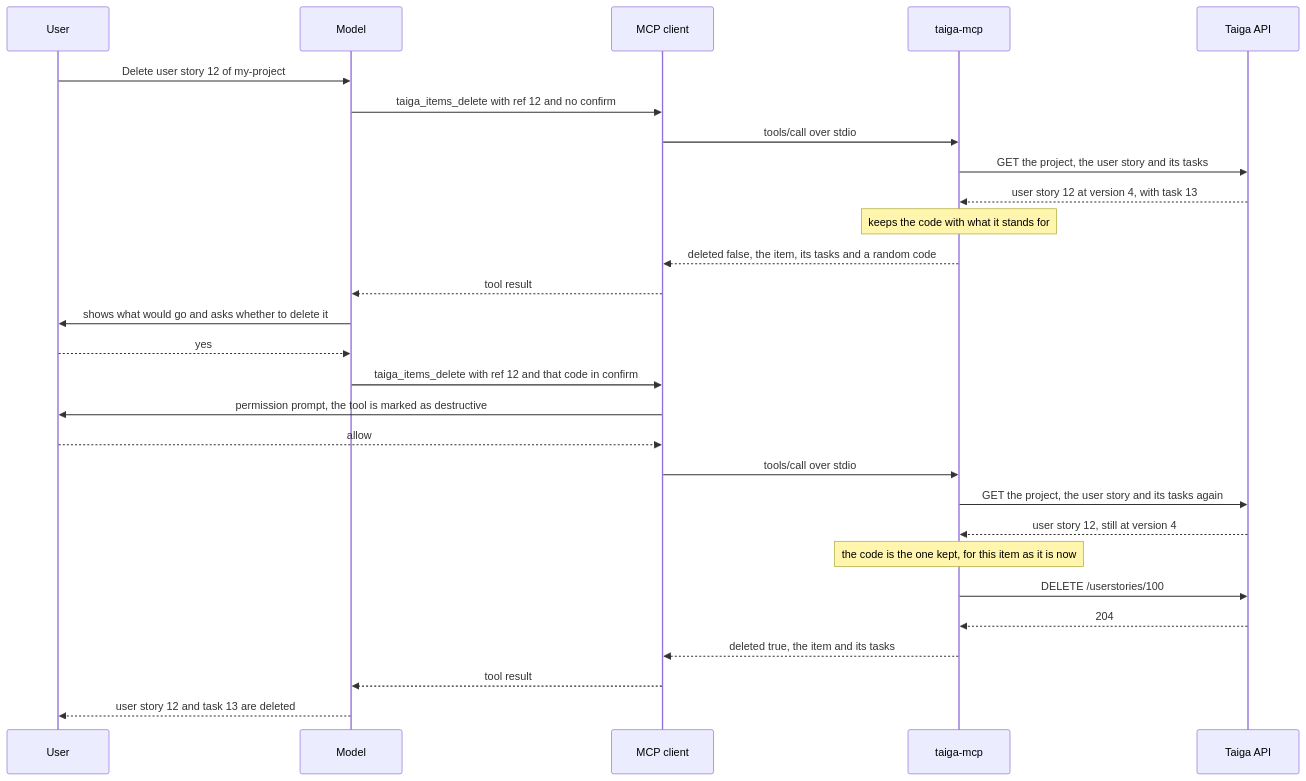
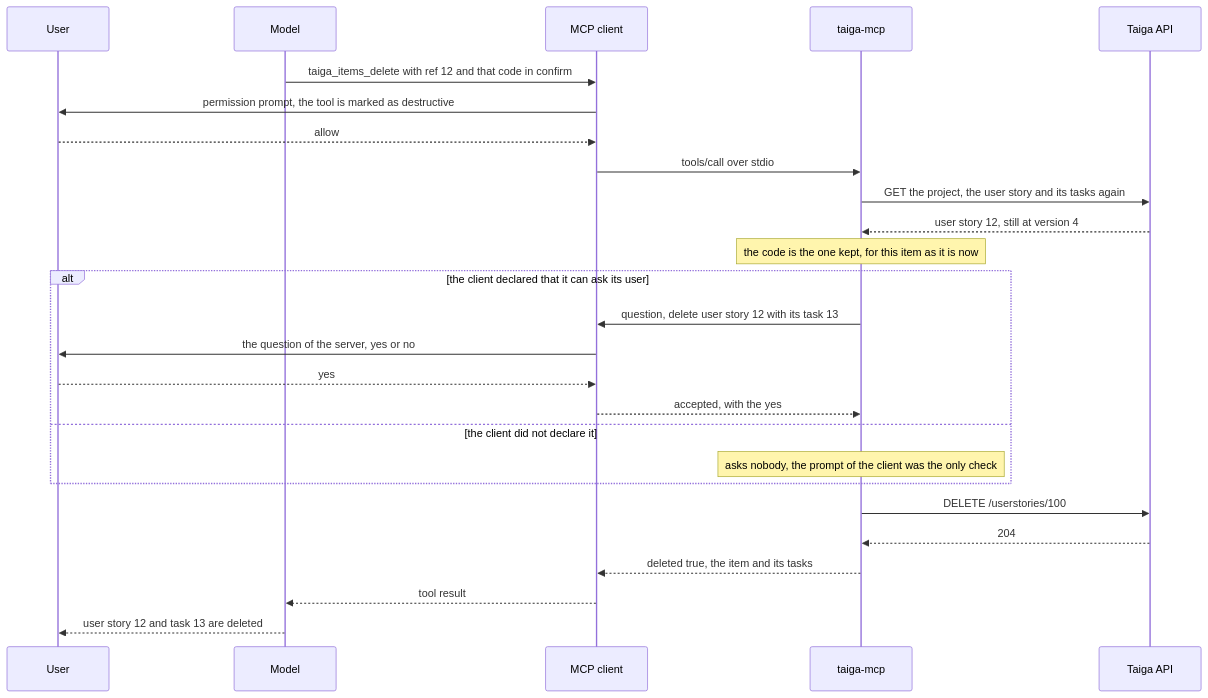
The sixth of 6 diagrams in docs/ARCHITECTURE.md (CamposCodes/taiga-r2da-mcp), drawn with Mermaid before and after one commit. The commit also changed other lines of this file and 15 other files, not shown here.

Commit message:
docs: describe the question before a deletion, the version of an edit, the extension and the package name

````diff
--- a/docs/ARCHITECTURE.md
+++ b/docs/ARCHITECTURE.md
@@ -254,30 +294,28 @@
 ```mermaid
 sequenceDiagram
     participant U as User
     participant M as Model
     participant C as MCP client
     participant S as taiga-mcp
     participant T as Taiga API
-    U->>M: Delete user story 12 of my-project
-    M->>C: taiga_items_delete with ref 12 and no confirm
-    C->>S: tools/call over stdio
-    S->>T: GET the project, the user story and its tasks
-    T-->>S: user story 12 at version 4, with task 13
-    Note over S: keeps the code with what it stands for
-    S-->>C: deleted false, the item, its tasks and a random code
-    C-->>M: tool result
-    M->>U: shows what would go and asks whether to delete it
-    U-->>M: yes
     M->>C: taiga_items_delete with ref 12 and that code in confirm
     C->>U: permission prompt, the tool is marked as destructive
     U-->>C: allow
     C->>S: tools/call over stdio
     S->>T: GET the project, the user story and its tasks again
     T-->>S: user story 12, still at version 4
     Note over S: the code is the one kept, for this item as it is now
+    alt the client declared that it can ask its user
+        S->>C: question, delete user story 12 with its task 13
+        C->>U: the question of the server, yes or no
+        U-->>C: yes
+        C-->>S: accepted, with the yes
+    else the client did not declare it
+        Note over S: asks nobody, the prompt of the client was the only check
+    end
     S->>T: DELETE /userstories/100
     T-->>S: 204
     S-->>C: deleted true, the item and its tasks
     C-->>M: tool result
     M-->>U: user story 12 and task 13 are deleted
 ```
````
